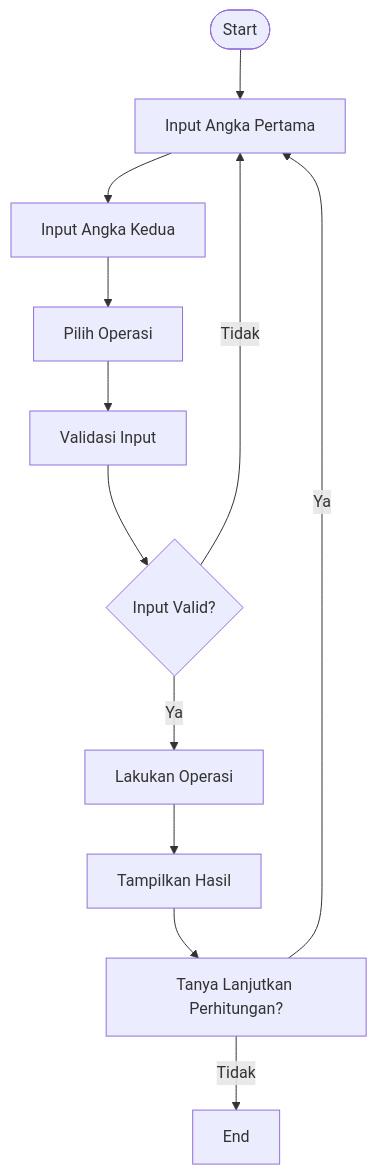
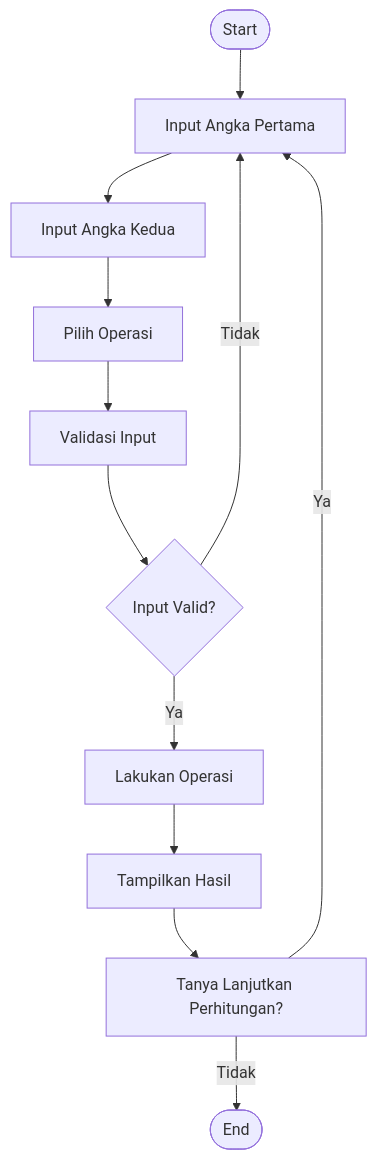
Before and after one commit to Haikallukman/UAS-bahasa-pemrograman: the diagram in README.md, drawn with Mermaid.

````diff
--- a/README.md
+++ b/README.md
@@ -7,14 +7,14 @@
 ```mermaid
 flowchart TD
     A([Start]) --> B[Input Angka Pertama]
     B --> C[Input Angka Kedua]
     C --> D[Pilih Operasi]
     D --> E[Validasi Input]
     E --> F{Input Valid?}
     F -->|Tidak| B
     F -->|Ya| G[Lakukan Operasi]
     G --> H[Tampilkan Hasil]
     H --> I[Tanya Lanjutkan Perhitungan?]
     I -->|Ya| B
-    I -->|Tidak| J[End]
+    I -->|Tidak| J([End])
 ```
````
